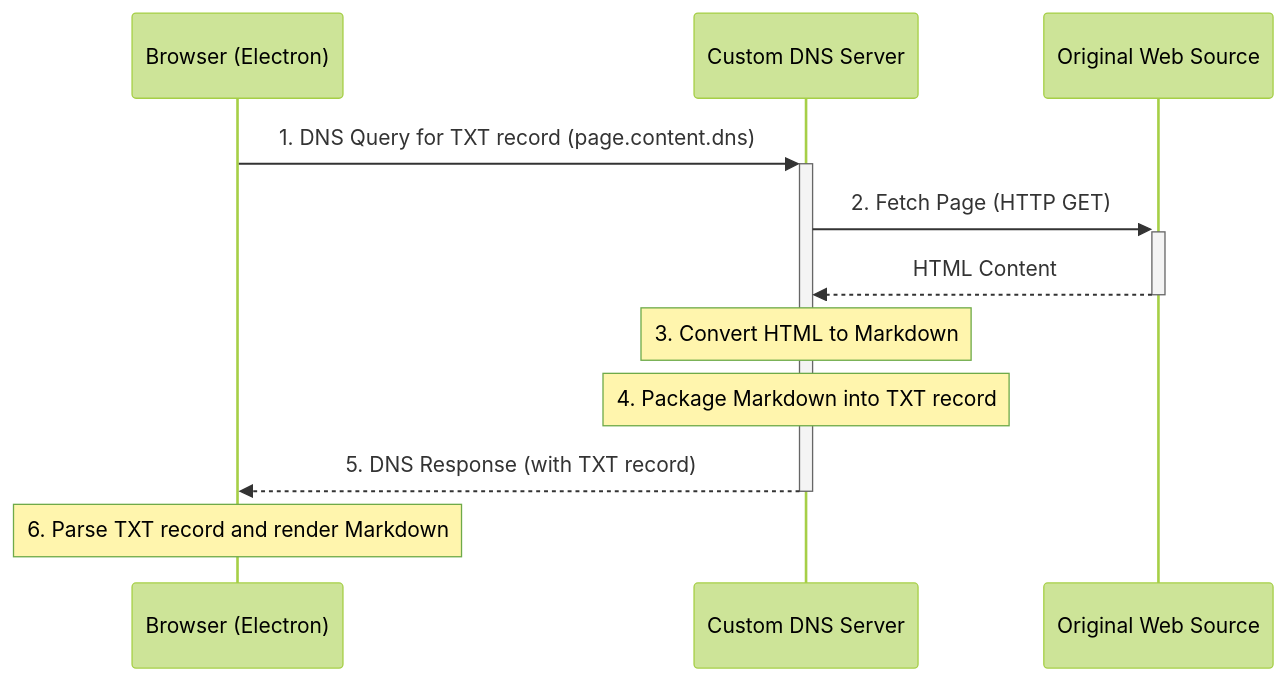
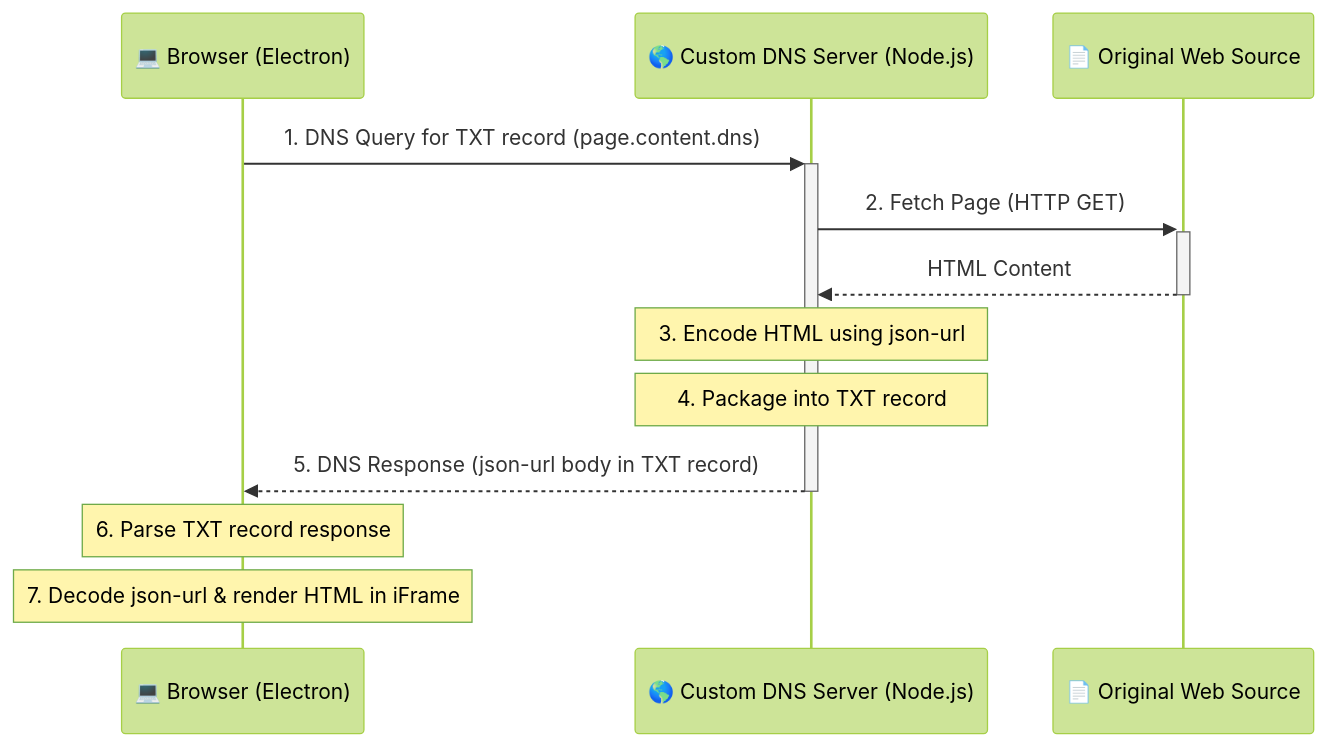
The diagram in How it works.mmd (nadchif/dnSurfer), drawn with Mermaid (forest theme) before and after one commit.

Commit message:
Enhance sequence diagram with new participant icons
Updated participant labels and modified notes in the sequence diagram for clarity.

```diff
--- a/How it works.mmd
+++ b/How it works.mmd
@@ -1,12 +1,13 @@
 sequenceDiagram
-    participant Browser as Browser (Electron)
-    participant DNS as Custom DNS Server
-    participant Web as Original Web Source
+    participant Browser as 💻 Browser (Electron)
+    participant DNS as 🌎 Custom DNS Server (Node.js)
+    participant Web as 📄 Original Web Source
 
     Browser->>+DNS: 1. DNS Query for TXT record (page.content.dns)
     DNS->>+Web: 2. Fetch Page (HTTP GET)
     Web-->>-DNS: HTML Content
-    Note over DNS: 3. Convert HTML to Markdown
-    Note over DNS: 4. Package Markdown into TXT record
-    DNS-->>-Browser: 5. DNS Response (with TXT record)
-    Note over Browser: 6. Parse TXT record and render Markdown
+    Note over DNS: 3. Encode HTML using json-url
+    Note over DNS: 4. Package into TXT record
+    DNS-->>-Browser: 5. DNS Response (json-url body in TXT record)
+    Note over Browser: 6. Parse TXT record response    
+    Note over Browser: 7. Decode json-url & render HTML in iFrame
```
